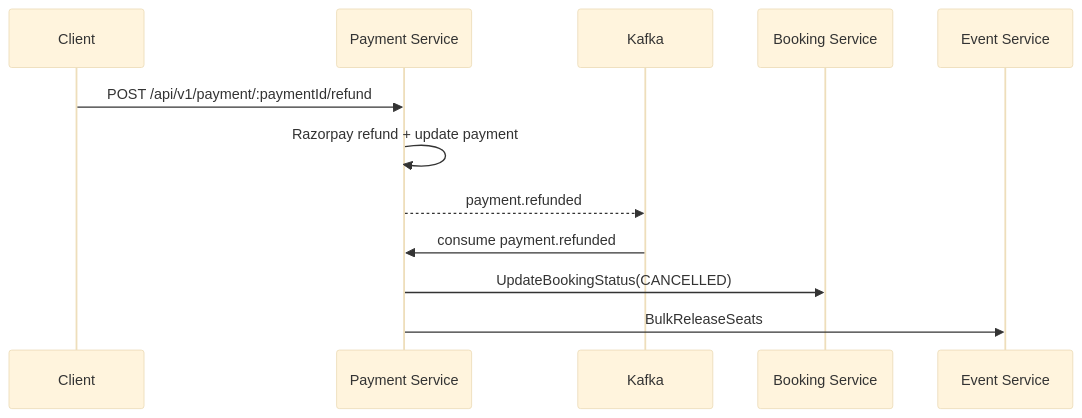
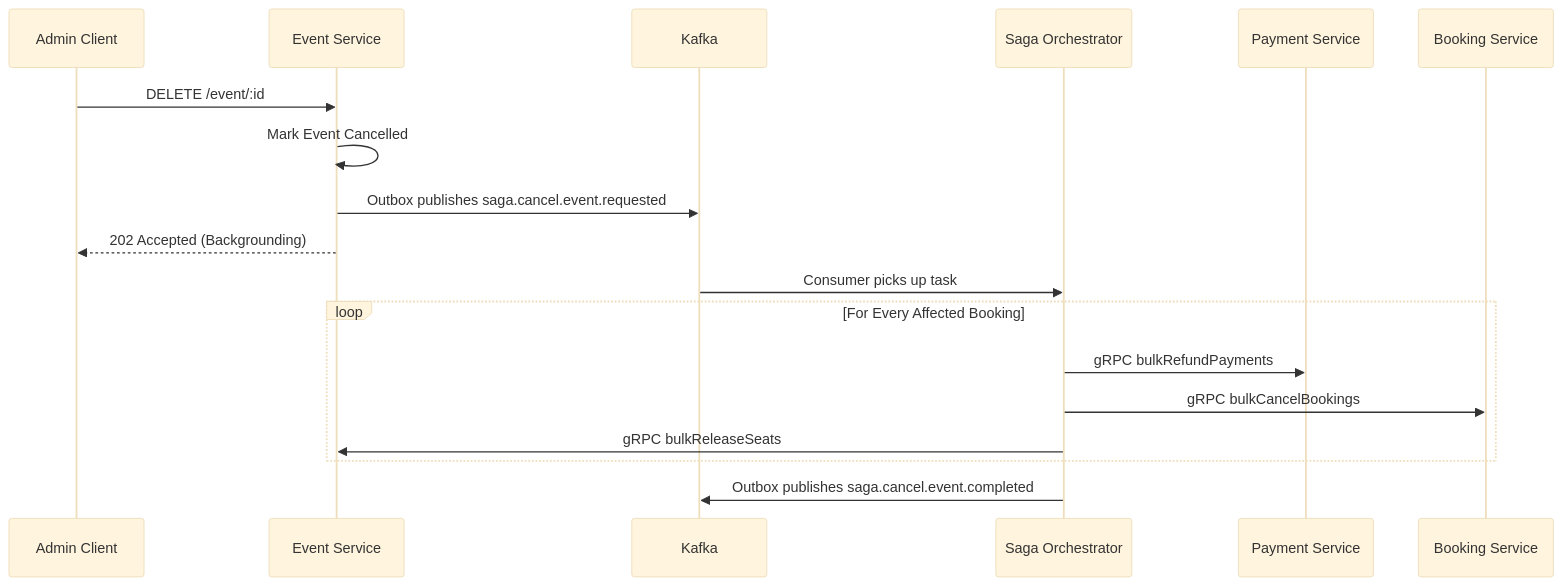
Before and after one commit to NithinKS007/EP-Microservices: the fourth of 4 diagrams in docs/05_Impact_and_Diagrams.md, drawn with Mermaid (base theme). The commit also changed other lines of this file and 7 other files, not shown here.

````diff
--- a/docs/05_Impact_and_Diagrams.md
+++ b/docs/05_Impact_and_Diagrams.md
@@ -39,15 +76,22 @@
 ```mermaid
 sequenceDiagram
-    participant C as Client
+    participant C as Admin Client
+    participant E as Event Service
+    participant K as Kafka
+    participant S as Saga Orchestrator
     participant P as Payment Service
-    participant K as Kafka
     participant B as Booking Service
-    participant E as Event Service
 
-    C->>P: POST /api/v1/payment/:paymentId/refund
-    P->>P: Razorpay refund + update payment
-    P-->>K: payment.refunded
-    K->>P: consume payment.refunded
-    P->>B: UpdateBookingStatus(CANCELLED)
-    P->>E: BulkReleaseSeats
+    C->>E: DELETE /event/:id
+    E->>E: Mark Event Cancelled
+    E->>K: Outbox publishes saga.cancel.event.requested
+    E-->>C: 202 Accepted (Backgrounding)
+
+    K->>S: Consumer picks up task
+    loop For Every Affected Booking
+        S->>P: gRPC bulkRefundPayments
+        S->>B: gRPC bulkCancelBookings
+        S->>E: gRPC bulkReleaseSeats
+    end
+    S->>K: Outbox publishes saga.cancel.event.completed
 ```
````
